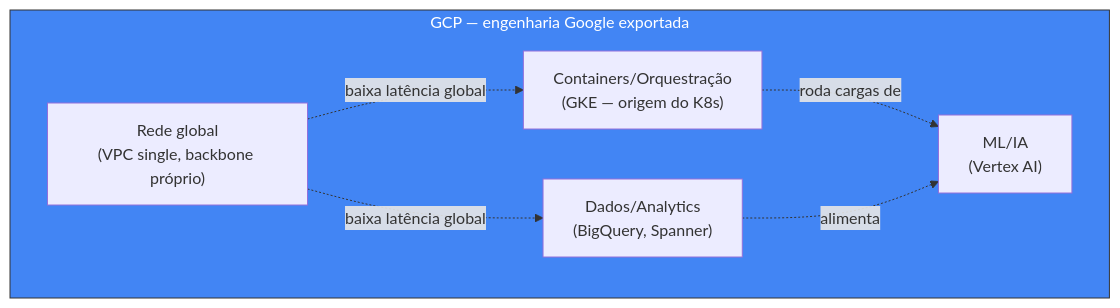
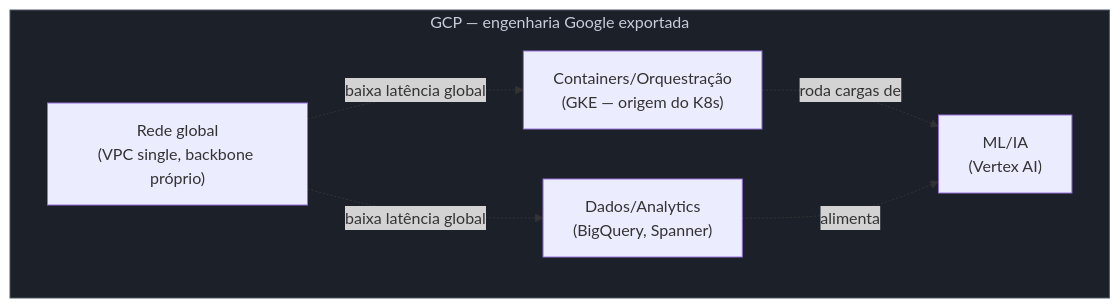
Before and after one commit to josenaldo/codex-technomanticus: the first of 2 diagrams in 03-Dominios/Tecnologia/Cloud/23 - Panorama multi-cloud e portabilidade/03 - GCP em uma nota.md, drawn with Mermaid. The commit also changed 1181 other files, not shown here.

First line of the commit message:
fix(diagramas): paleta do sistema no lugar de cor cravada no markdown

````diff
--- a/03-Dominios/Tecnologia/Cloud/23 - Panorama multi-cloud e portabilidade/03 - GCP em uma nota.md
+++ b/03-Dominios/Tecnologia/Cloud/23 - Panorama multi-cloud e portabilidade/03 - GCP em uma nota.md
@@ -37,16 +37,17 @@
 ```mermaid
 flowchart TD
+    classDef neutro fill:#1B2029,stroke:#4E5666,color:#C6CCD8
     subgraph GCP["GCP — engenharia Google exportada"]
         Rede["Rede global<br/>(VPC single, backbone próprio)"]
         Dados["Dados/Analytics<br/>(BigQuery, Spanner)"]
         K8s["Containers/Orquestração<br/>(GKE — origem do K8s)"]
         ML["ML/IA<br/>(Vertex AI)"]
     end
 
     Rede -.->|baixa latência global| Dados
     Rede -.->|baixa latência global| K8s
     K8s -.->|roda cargas de| ML
     Dados -.->|alimenta| ML
 
-    style GCP fill:#4285F4,color:#fff,stroke:#333
+    class GCP neutro
 ```
````
